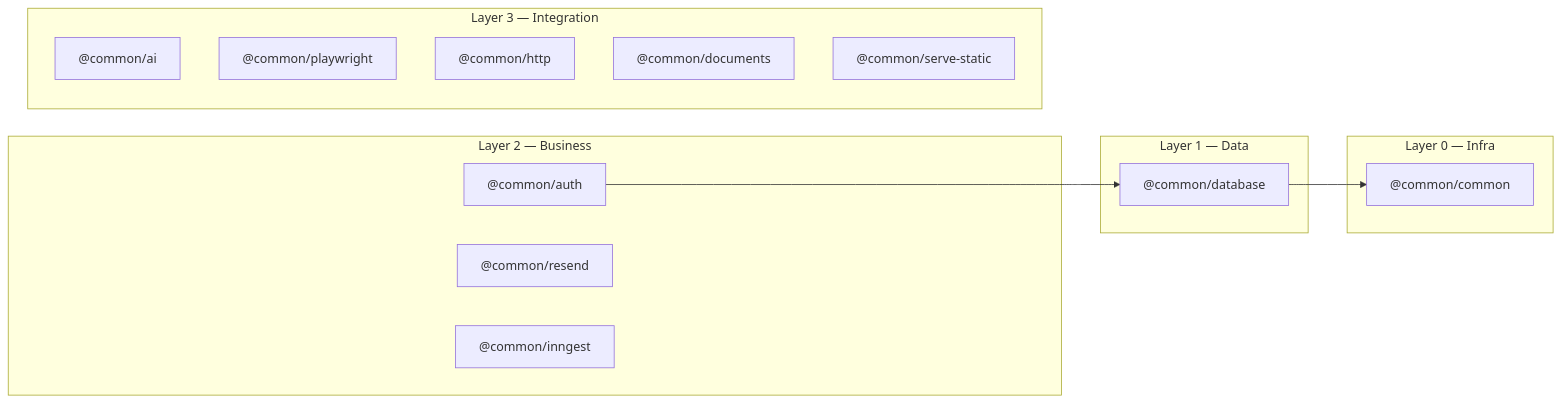
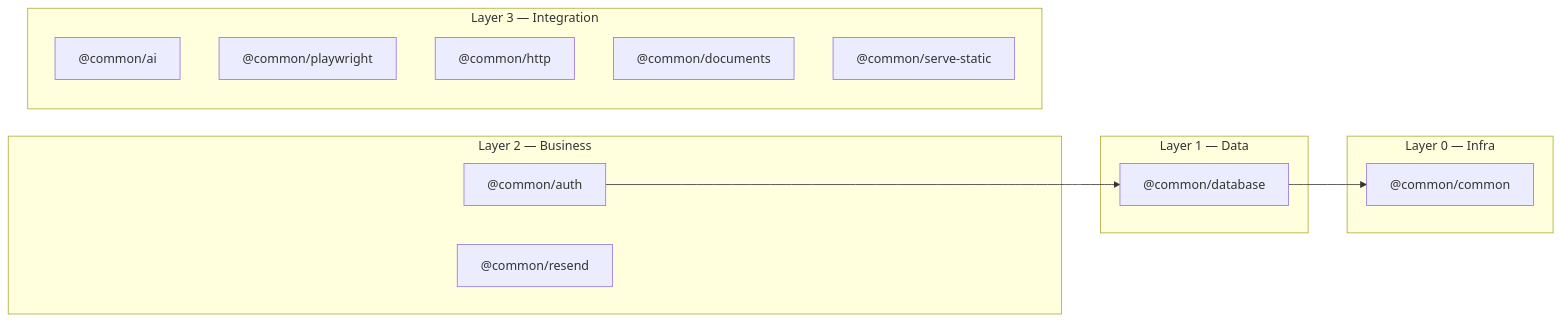
The third of 3 diagrams in docs/ARCHITECTURE.md (bobrobert13/nestJs-boilerplate), drawn with Mermaid before and after one commit. The commit also changed other lines of this file and 41 other files, not shown here.

Commit message:
chore(@common/inngest): remove inngest package and clean up documentation

````diff
--- a/docs/ARCHITECTURE.md
+++ b/docs/ARCHITECTURE.md
@@ -90,21 +87,20 @@
 ```mermaid
 graph LR
     subgraph "Layer 0 — Infra"
         COMMON["@common/common"]
     end
     subgraph "Layer 1 — Data"
         DB["@common/database"] --> COMMON
     end
     subgraph "Layer 2 — Business"
         AUTH["@common/auth"] --> DB
         RESEND["@common/resend"]
-        INNGEST["@common/inngest"]
     end
     subgraph "Layer 3 — Integration"
         AI["@common/ai"]
         PW["@common/playwright"]
         HTTP["@common/http"]
         DOCS["@common/documents"]
         SS["@common/serve-static"]
     end
 ```
````
